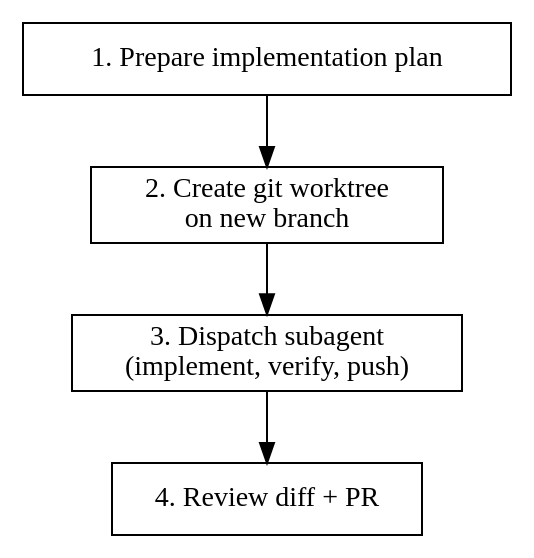
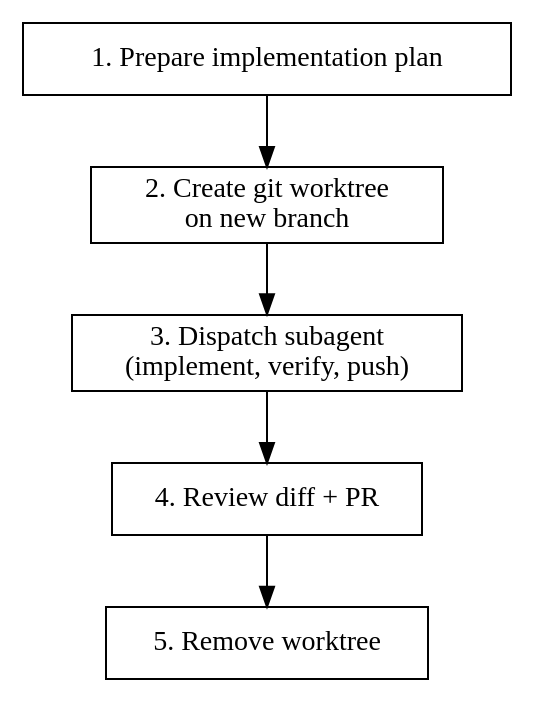
The diagram in skills/dispatch-worktree-task/SKILL.md (raiderrobert/flow), drawn with Graphviz before and after one commit. The commit also changed other lines of this file and 2 other files, not shown here.

````diff
--- a/skills/dispatch-worktree-task/SKILL.md
+++ b/skills/dispatch-worktree-task/SKILL.md
@@ -27,13 +27,14 @@
 ```dot
 digraph dispatch {
   rankdir=TB;
   node [shape=box];
 
   plan [label="1. Prepare implementation plan"];
   worktree [label="2. Create git worktree\non new branch"];
   dispatch [label="3. Dispatch subagent\n(implement, verify, push)"];
   review [label="4. Review diff + PR"];
+  cleanup [label="5. Remove worktree"];
 
-  plan -> worktree -> dispatch -> review;
+  plan -> worktree -> dispatch -> review -> cleanup;
 }
 ```
````
